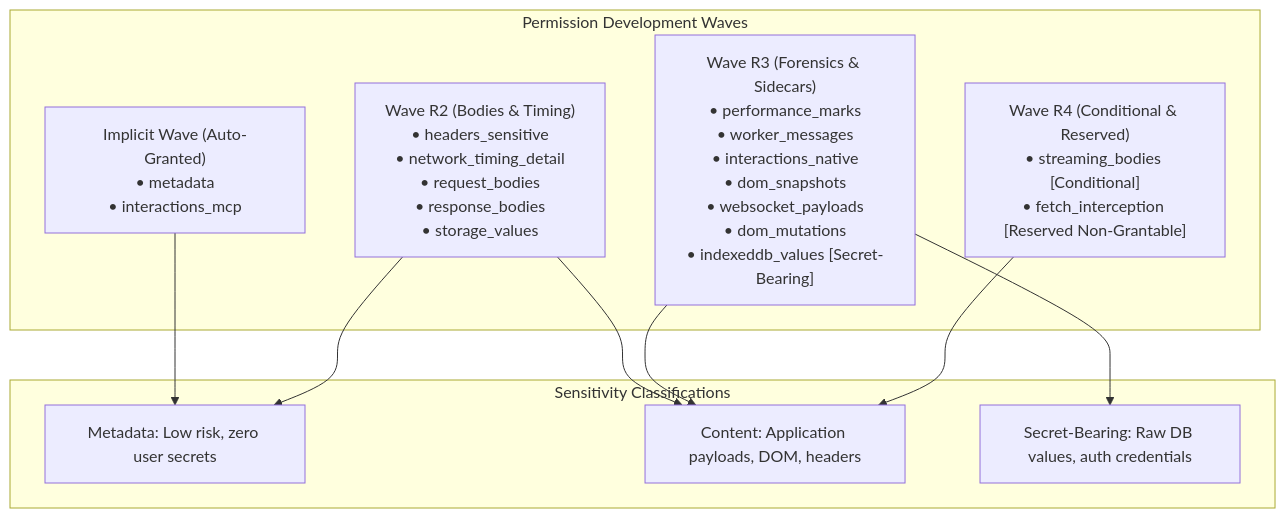
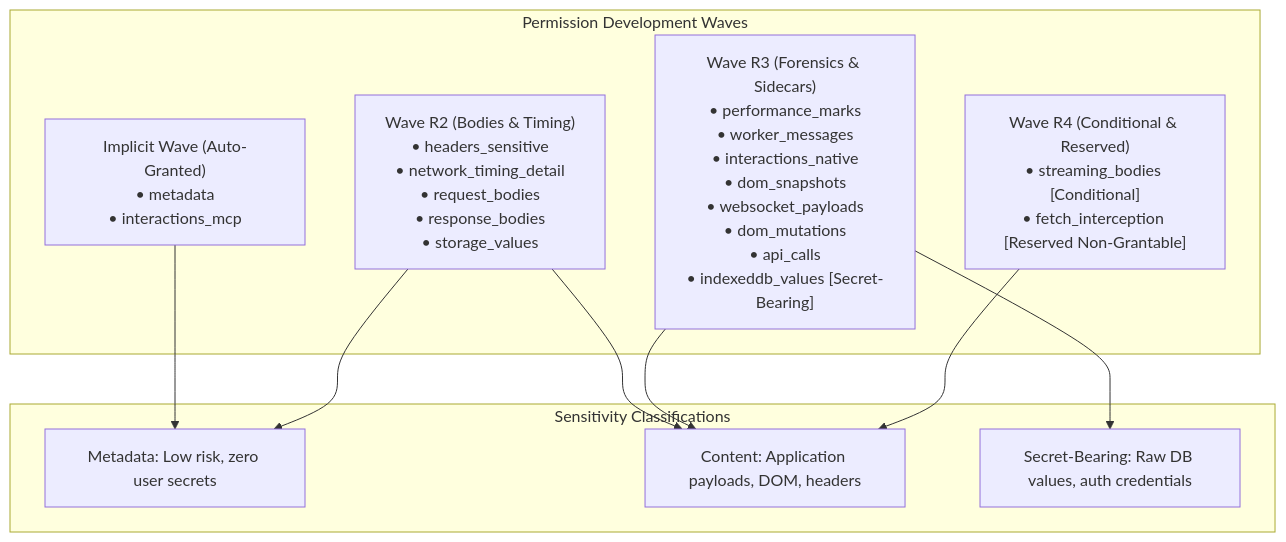
Before and after one commit to joelaniol/nova: the first of 2 diagrams in docs/core-features/session-recording/streams-and-permission-classes/permission-taxonomy-and-revocation/README.md, drawn with Mermaid. The commit also changed other lines of this file and 58 other files, not shown here.

Commit message:
Docs: GraphQL and WebSocket decoding in network_read, data stores in inspect_component, agent identification, session recording of child targets, SFTP checksums; alpha.21 changelog (upcoming)

````diff
--- a/docs/core-features/session-recording/streams-and-permission-classes/permission-taxonomy-and-revocation/README.md
+++ b/docs/core-features/session-recording/streams-and-permission-classes/permission-taxonomy-and-revocation/README.md
@@ -13,22 +13,22 @@
 ```mermaid
 flowchart TD
     subgraph Waves ["Permission Development Waves"]
         WImplicit["Implicit Wave (Auto-Granted)<br/>• metadata<br/>• interactions_mcp"]
         WR2["Wave R2 (Bodies & Timing)<br/>• headers_sensitive<br/>• network_timing_detail<br/>• request_bodies<br/>• response_bodies<br/>• storage_values"]
-        WR3["Wave R3 (Forensics & Sidecars)<br/>• performance_marks<br/>• worker_messages<br/>• interactions_native<br/>• dom_snapshots<br/>• websocket_payloads<br/>• dom_mutations<br/>• indexeddb_values [Secret-Bearing]"]
+        WR3["Wave R3 (Forensics & Sidecars)<br/>• performance_marks<br/>• worker_messages<br/>• interactions_native<br/>• dom_snapshots<br/>• websocket_payloads<br/>• dom_mutations<br/>• api_calls<br/>• indexeddb_values [Secret-Bearing]"]
         WR4["Wave R4 (Conditional & Reserved)<br/>• streaming_bodies [Conditional]<br/>• fetch_interception [Reserved Non-Grantable]"]
     end
 
     subgraph SensitivityTiers ["Sensitivity Classifications"]
         S1["Metadata: Low risk, zero user secrets"]
         S2["Content: Application payloads, DOM, headers"]
         S3["Secret-Bearing: Raw DB values, auth credentials"]
     end
 
     WImplicit --> S1
     WR2 --> S1
     WR2 --> S2
     WR3 --> S2
     WR3 --> S3
     WR4 --> S2
 ```
````
